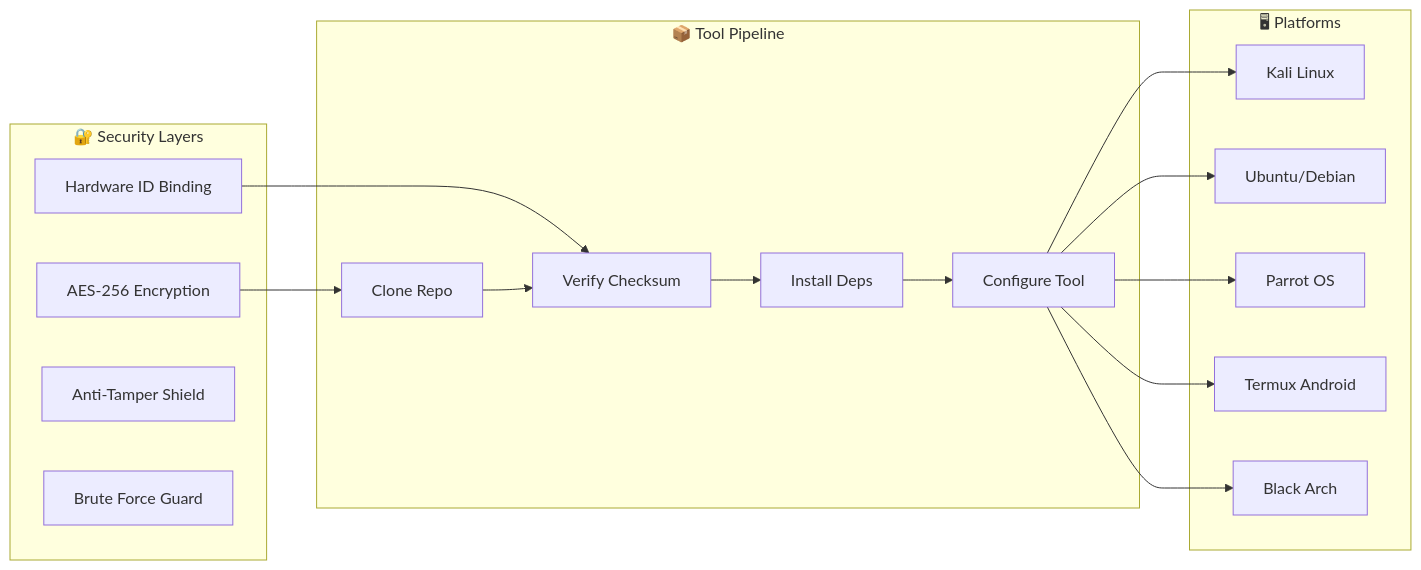
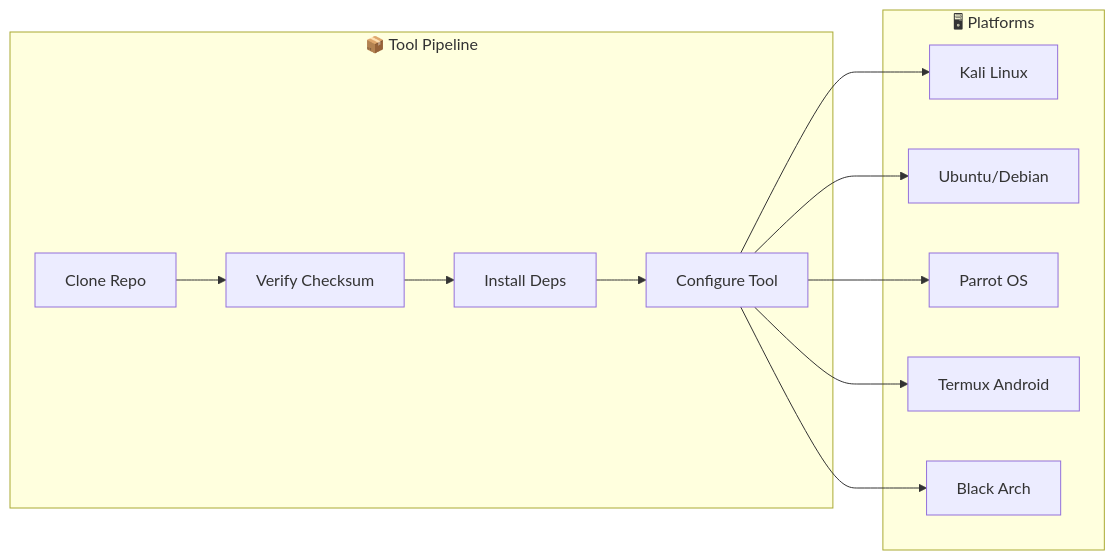
The second of 5 diagrams in README.md (Athexblackhat/F-SOCIETY), drawn with Mermaid before and after one commit. The commit also changed other lines of this file, not shown here.

````diff
--- a/README.md
+++ b/README.md
@@ -86,29 +79,20 @@
 ```mermaid
 graph LR
-    subgraph "🔐 Security Layers"
-        S1[AES-256 Encryption]
-        S2[Hardware ID Binding]
-        S3[Anti-Tamper Shield]
-        S4[Brute Force Guard]
-    end
-
     subgraph "📦 Tool Pipeline"
         T1[Clone Repo]
         T2[Verify Checksum]
         T3[Install Deps]
         T4[Configure Tool]
     end
 
     subgraph "🖥 Platforms"
         P1[Kali Linux]
         P2[Ubuntu/Debian]
         P3[Parrot OS]
         P4[Termux Android]
         P5[Black Arch]
     end
 
-    S1 --> T1
-    S2 --> T2
     T1 --> T2 --> T3 --> T4
     T4 --> P1 & P2 & P3 & P4 & P5
 ```
````
